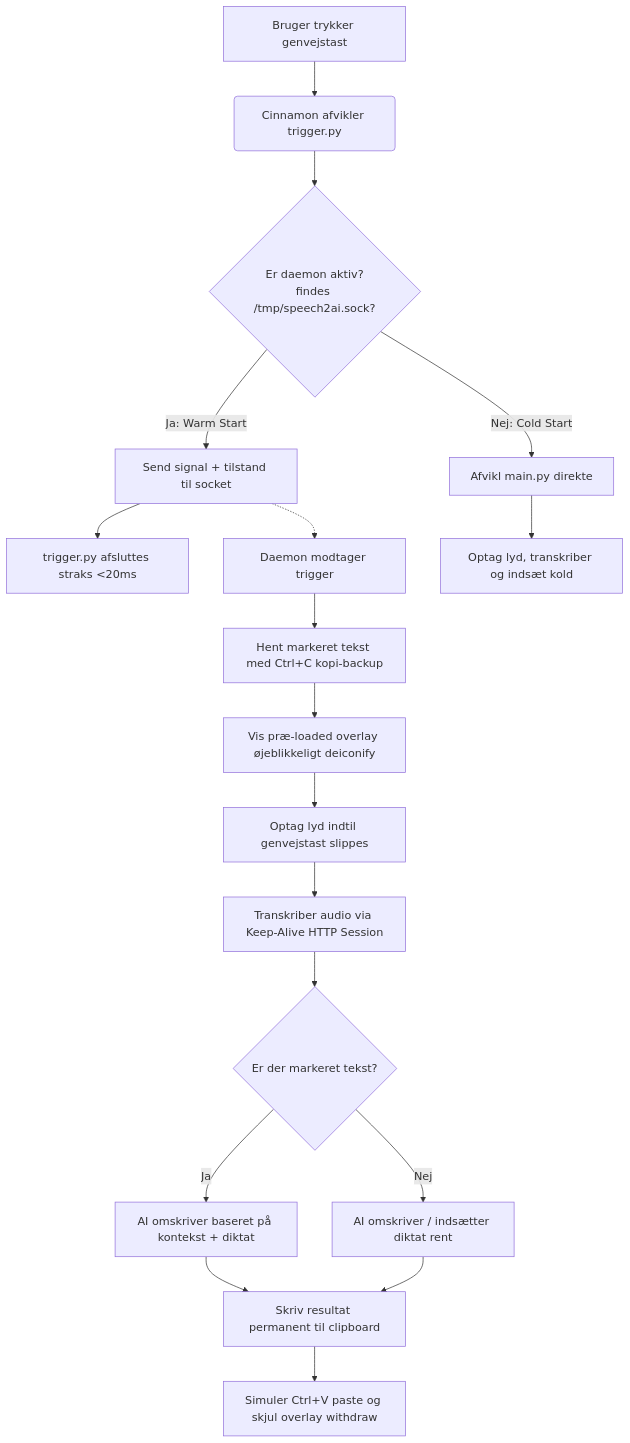
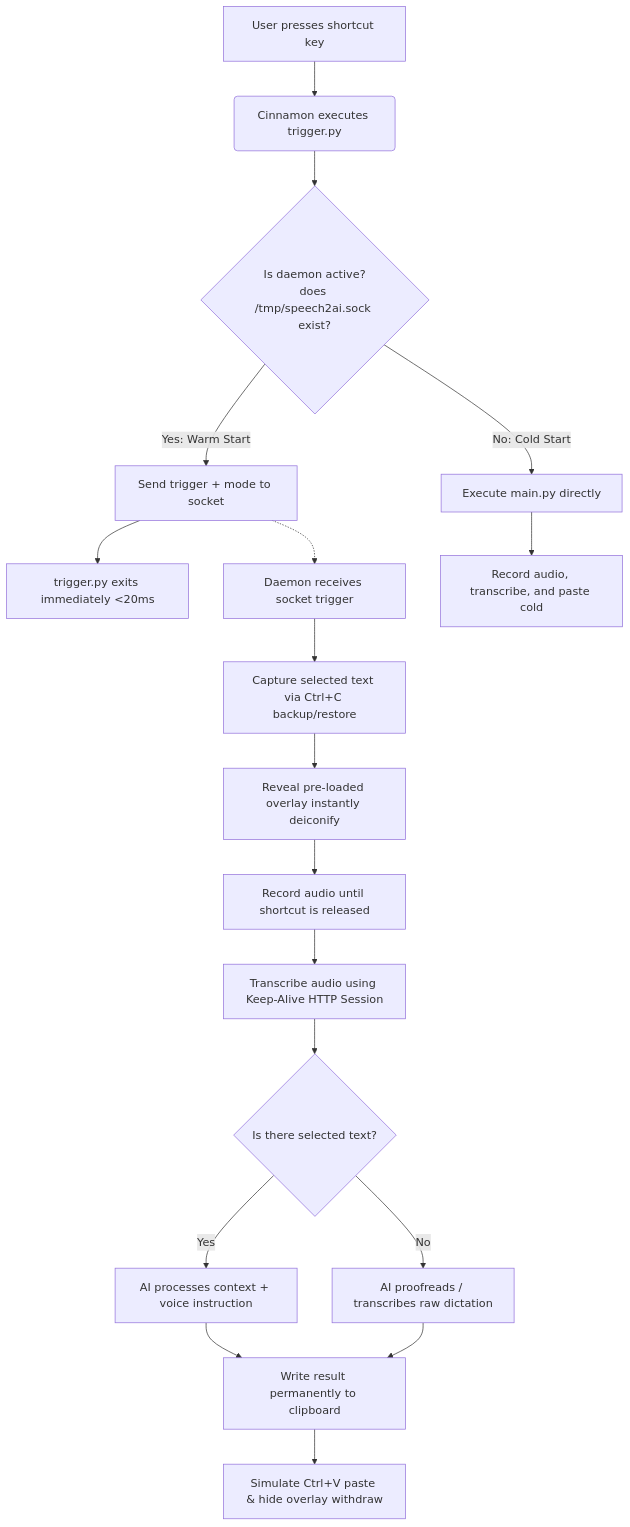
One commit to riisager/speech2ai changed the diagram in README.md. Above: the diagram before and after it, drawn with Mermaid.

Commit message:
Docs: Translate Mermaid flowchart node labels to English

````diff
--- a/README.md
+++ b/README.md
@@ -11,28 +11,28 @@
 ```mermaid
 graph TD
-    A[Bruger trykker genvejstast] --> B(Cinnamon afvikler trigger.py)
-    B --> C{Er daemon aktiv?<br>findes /tmp/speech2ai.sock?}
+    A[User presses shortcut key] --> B(Cinnamon executes trigger.py)
+    B --> C{Is daemon active?<br>does /tmp/speech2ai.sock exist?}
     
     %% Warm Start Flow
-    C -- Ja: Warm Start --> D[Send signal + tilstand til socket]
-    D --> E[trigger.py afsluttes straks <20ms]
+    C -- Yes: Warm Start --> D[Send trigger + mode to socket]
+    D --> E[trigger.py exits immediately <20ms]
     
     %% Cold Start Flow
-    C -- Nej: Cold Start --> F[Afvikl main.py direkte]
-    F --> G[Optag lyd, transkriber og indsæt kold]
+    C -- No: Cold Start --> F[Execute main.py directly]
+    F --> G[Record audio, transcribe, and paste cold]
     
     %% Daemon processing
-    D -.-> H[Daemon modtager trigger]
-    H --> I[Hent markeret tekst med Ctrl+C kopi-backup]
-    I --> J[Vis præ-loaded overlay øjeblikkeligt deiconify]
-    J --> K[Optag lyd indtil genvejstast slippes]
-    K --> L[Transkriber audio via Keep-Alive HTTP Session]
-    L --> M{Er der markeret tekst?}
+    D -.-> H[Daemon receives socket trigger]
+    H --> I[Capture selected text via Ctrl+C backup/restore]
+    I --> J[Reveal pre-loaded overlay instantly deiconify]
+    J --> K[Record audio until shortcut is released]
+    K --> L[Transcribe audio using Keep-Alive HTTP Session]
+    L --> M{Is there selected text?}
     
-    M -- Ja --> N[AI omskriver baseret på kontekst + diktat]
-    M -- Nej --> O[AI omskriver / indsætter diktat rent]
+    M -- Yes --> N[AI processes context + voice instruction]
+    M -- No --> O[AI proofreads / transcribes raw dictation]
     
-    N --> P[Skriv resultat permanent til clipboard]
+    N --> P[Write result permanently to clipboard]
     O --> P
-    P --> Q[Simuler Ctrl+V paste og skjul overlay withdraw]
+    P --> Q[Simulate Ctrl+V paste & hide overlay withdraw]
 ```
````
